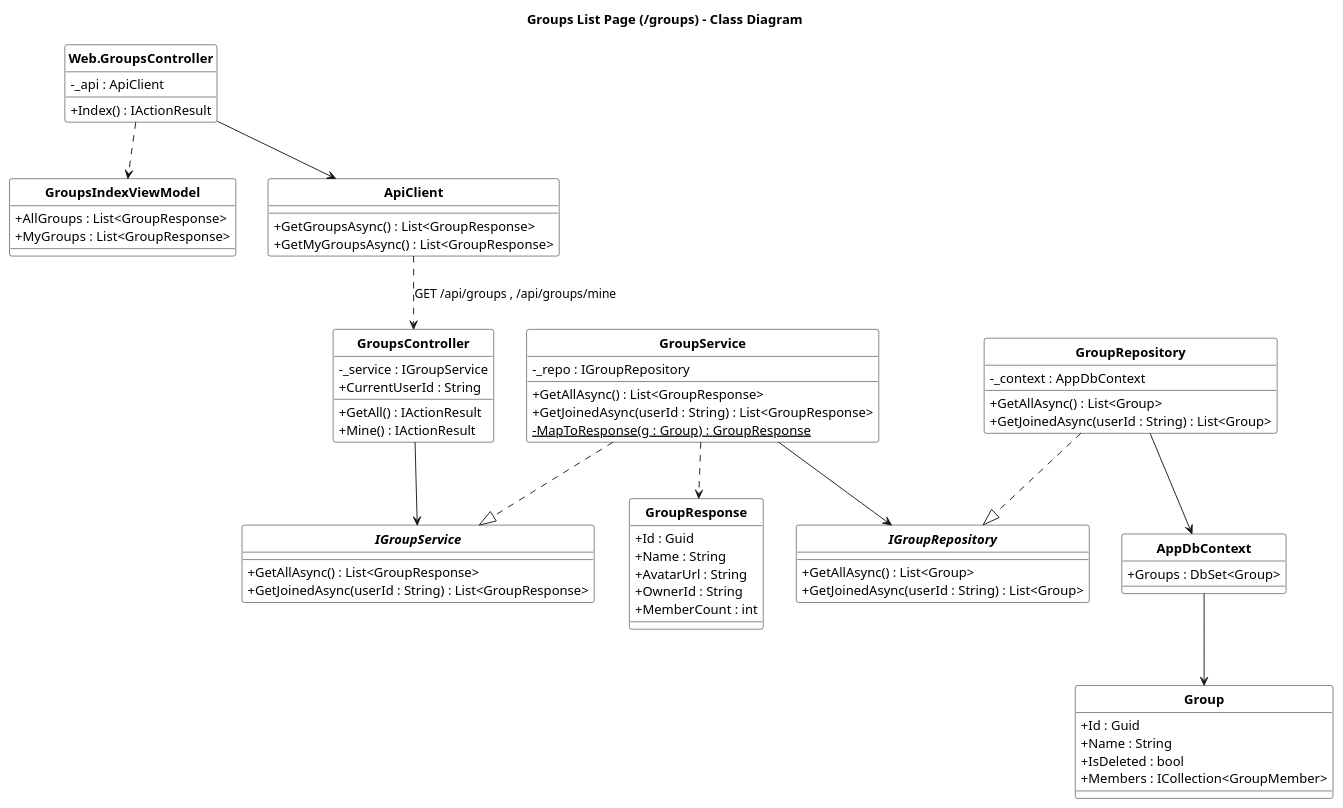
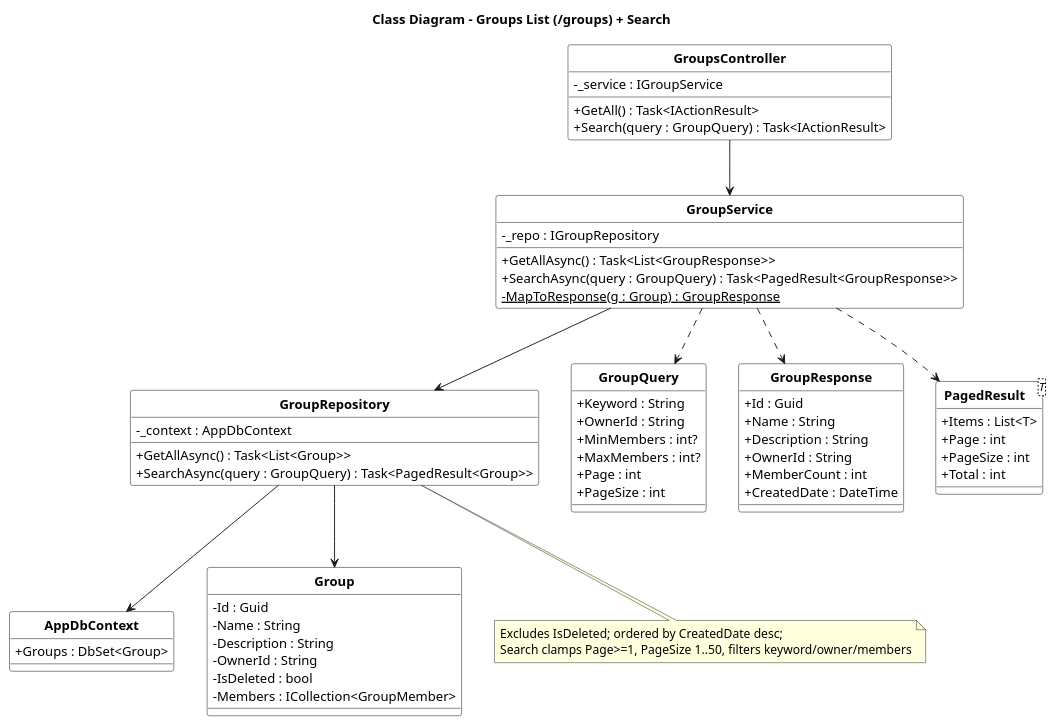
The diagram in docs/diagrams/class/class_group_list.puml (HKDuy23114/minisocial), drawn with PlantUML before and after one commit. The commit also changed 9 other files, not shown here.

Commit message:
docs: rework group class diagrams to backend-layered per-feature style (match overview); add group feed & post delete

```diff
--- a/docs/diagrams/class/class_group_list.puml
+++ b/docs/diagrams/class/class_group_list.puml
@@ -1,83 +1,79 @@
 @startuml class_group_list
-title Groups List Page (/groups) - Class Diagram
 hide circle
 skinparam classAttributeIconSize 0
-skinparam packageStyle rectangle
 skinparam class {
   BackgroundColor white
   BorderColor black
   FontName "Arial"
   FontStyle bold
 }
-
-class "Web.GroupsController" as Web {
-  -_api : ApiClient
-  +Index() : IActionResult
-}
-class GroupsIndexViewModel {
-  +AllGroups : List<GroupResponse>
-  +MyGroups : List<GroupResponse>
-}
-
-class ApiClient {
-  +GetGroupsAsync() : List<GroupResponse>
-  +GetMyGroupsAsync() : List<GroupResponse>
-}
+title Class Diagram - Groups List (/groups) + Search
 
 class GroupsController {
   -_service : IGroupService
-  +CurrentUserId : String
-  +GetAll() : IActionResult
-  +Mine() : IActionResult
+  +GetAll() : Task<IActionResult>
+  +Search(query : GroupQuery) : Task<IActionResult>
 }
 
-interface IGroupService {
-  +GetAllAsync() : List<GroupResponse>
-  +GetJoinedAsync(userId : String) : List<GroupResponse>
-}
 class GroupService {
   -_repo : IGroupRepository
-  +GetAllAsync() : List<GroupResponse>
-  +GetJoinedAsync(userId : String) : List<GroupResponse>
+  +GetAllAsync() : Task<List<GroupResponse>>
+  +SearchAsync(query : GroupQuery) : Task<PagedResult<GroupResponse>>
   -{static} MapToResponse(g : Group) : GroupResponse
 }
 
-interface IGroupRepository {
-  +GetAllAsync() : List<Group>
-  +GetJoinedAsync(userId : String) : List<Group>
-}
 class GroupRepository {
   -_context : AppDbContext
-  +GetAllAsync() : List<Group>
-  +GetJoinedAsync(userId : String) : List<Group>
+  +GetAllAsync() : Task<List<Group>>
+  +SearchAsync(query : GroupQuery) : Task<PagedResult<Group>>
 }
 
 class AppDbContext {
   +Groups : DbSet<Group>
 }
 
+class Group {
+  -Id : Guid
+  -Name : String
+  -Description : String
+  -OwnerId : String
+  -IsDeleted : bool
+  -Members : ICollection<GroupMember>
+}
+
+class GroupQuery {
+  +Keyword : String
+  +OwnerId : String
+  +MinMembers : int?
+  +MaxMembers : int?
+  +Page : int
+  +PageSize : int
+}
 class GroupResponse {
   +Id : Guid
   +Name : String
-  +AvatarUrl : String
+  +Description : String
   +OwnerId : String
   +MemberCount : int
+  +CreatedDate : DateTime
 }
-class Group {
-  +Id : Guid
-  +Name : String
-  +IsDeleted : bool
-  +Members : ICollection<GroupMember>
+class "PagedResult<T>" as PagedResult {
+  +Items : List<T>
+  +Page : int
+  +PageSize : int
+  +Total : int
 }
 
-Web --> ApiClient
-Web ..> GroupsIndexViewModel
-ApiClient ..> GroupsController : GET /api/groups , /api/groups/mine
-GroupsController --> IGroupService
-GroupService ..|> IGroupService
-GroupService --> IGroupRepository
-GroupRepository ..|> IGroupRepository
+GroupsController --> GroupService
+GroupService --> GroupRepository
 GroupRepository --> AppDbContext
-AppDbContext --> Group
+GroupRepository --> Group
+GroupService ..> GroupQuery
 GroupService ..> GroupResponse
+GroupService ..> PagedResult
+
+note bottom of GroupRepository
+  Excludes IsDeleted; ordered by CreatedDate desc;
+  Search clamps Page>=1, PageSize 1..50, filters keyword/owner/members
+end note
 @enduml
```
